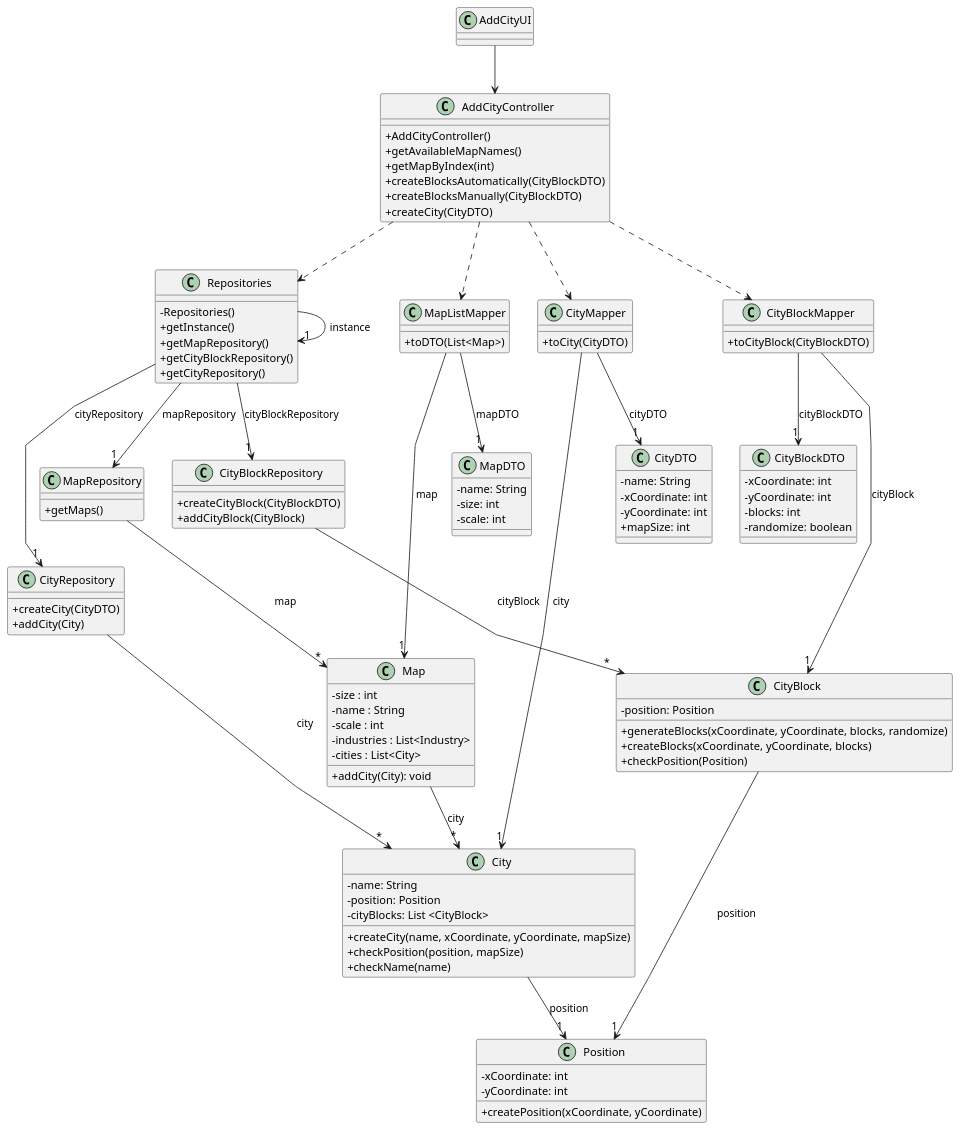
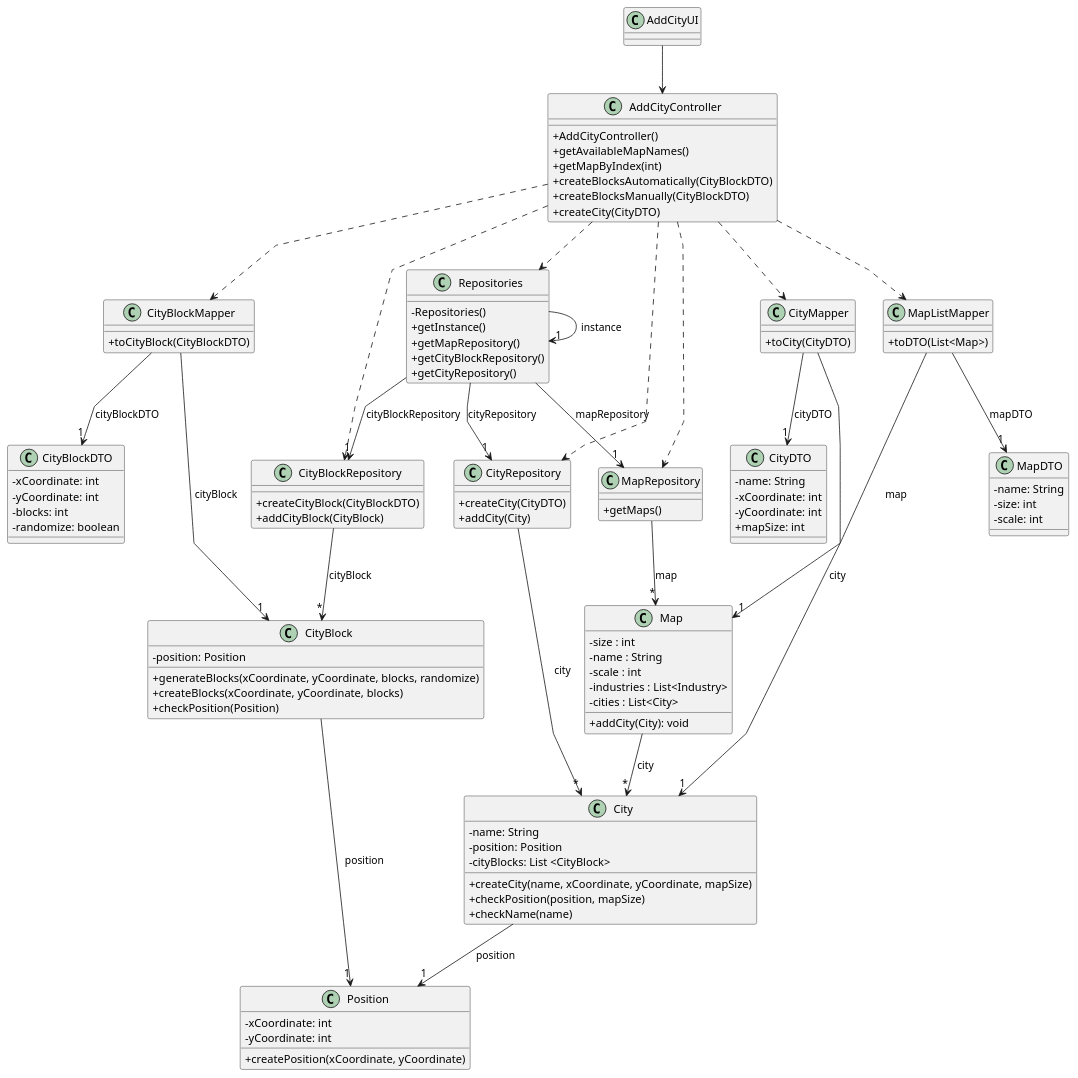
Before and after one commit to 1240935/pi2-railway-simulator: the diagram in Sprint3/US003/03.design/puml/US003-CD.puml, drawn with PlantUML. The commit also changed 14 other files, not shown here.

```diff
--- a/Sprint3/US003/03.design/puml/US003-CD.puml
+++ b/Sprint3/US003/03.design/puml/US003-CD.puml
@@ -1,136 +1,139 @@
 @startuml
 'skinparam monochrome true
 skinparam packageStyle rectangle
 skinparam shadowing false
 skinparam linetype polyline
 'skinparam linetype orto
 
 skinparam classAttributeIconSize 0
 
 'left to right direction
 
 class AddCityUI{
 }
 
 class AddCityController {
   +AddCityController()
   +getAvailableMapNames()
   +getMapByIndex(int)
   +createBlocksAutomatically(CityBlockDTO)
   +createBlocksManually(CityBlockDTO)
   +createCity(CityDTO)
 }
 
 class Repositories {
   -Repositories()
   +getInstance()
   +getMapRepository()
   +getCityBlockRepository()
   +getCityRepository()
 }
 
 class MapRepository {
   +getMaps()
 }
 
 class CityBlockRepository {
   +createCityBlock(CityBlockDTO)
   +addCityBlock(CityBlock)
 }
 
 class CityRepository {
   +createCity(CityDTO)
   +addCity(City)
 }
 
 class MapListMapper {
   +toDTO(List<Map>)
 }
 
 class CityBlockMapper {
   +toCityBlock(CityBlockDTO)
 }
 
 class CityMapper {
   +toCity(CityDTO)
 }
 
 class MapDTO {
   -name: String
   -size: int
   -scale: int
 }
 
 class CityBlockDTO {
   -xCoordinate: int
   -yCoordinate: int
   -blocks: int
   -randomize: boolean
 }
 
 class CityDTO {
   -name: String
   -xCoordinate: int
   -yCoordinate: int
   +mapSize: int
 }
 
 class Map {
   - size : int
     - name : String
     - scale : int
     - industries : List<Industry>
     - cities : List<City>
   +addCity(City): void
 }
 
 class CityBlock {
    -position: Position
   +generateBlocks(xCoordinate, yCoordinate, blocks, randomize)
   +createBlocks(xCoordinate, yCoordinate, blocks)
   +checkPosition(Position)
 }
 
 class City {
   -name: String
   -position: Position
   -cityBlocks: List <CityBlock>
   +createCity(name, xCoordinate, yCoordinate, mapSize)
   +checkPosition(position, mapSize)
   +checkName(name)
 }
 
 class Position {
   -xCoordinate: int
   -yCoordinate: int
   +createPosition(xCoordinate, yCoordinate)
 }
 
 AddCityUI --> AddCityController
 
 AddCityController ..> Repositories
 AddCityController ..> MapListMapper
 AddCityController ..> CityBlockMapper
 AddCityController ..> CityMapper
+AddCityController ..> MapRepository
+AddCityController ..> CityBlockRepository
+AddCityController ..> CityRepository
 
 Repositories -> "1" Repositories : instance
 Repositories --> "1" MapRepository: mapRepository
 Repositories --> "1" CityBlockRepository: cityBlockRepository
 Repositories --> "1" CityRepository: cityRepository
 
 MapRepository --> "*" Map: map
 MapListMapper --> "1" MapDTO: mapDTO
 MapListMapper --> "1" Map: map
 CityBlockMapper --> "1" CityBlock: cityBlock
 CityBlockMapper --> "1" CityBlockDTO: cityBlockDTO
 CityMapper --> "1" City: city
 CityMapper --> "1" CityDTO: cityDTO
 
 CityBlockRepository --> "*" CityBlock: cityBlock
 CityRepository --> "*" City: city
 
 City --> "1" Position: position
 CityBlock --> "1" Position: position
 Map --> "*" City: city
 
 @enduml
```
